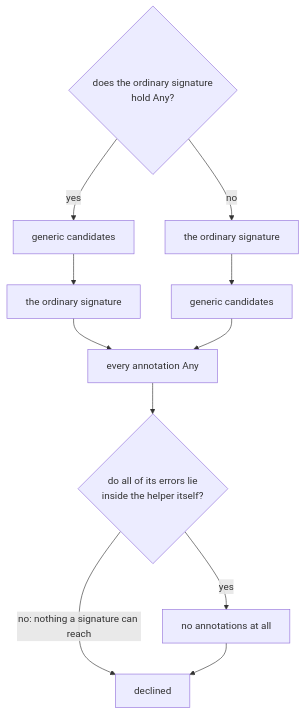
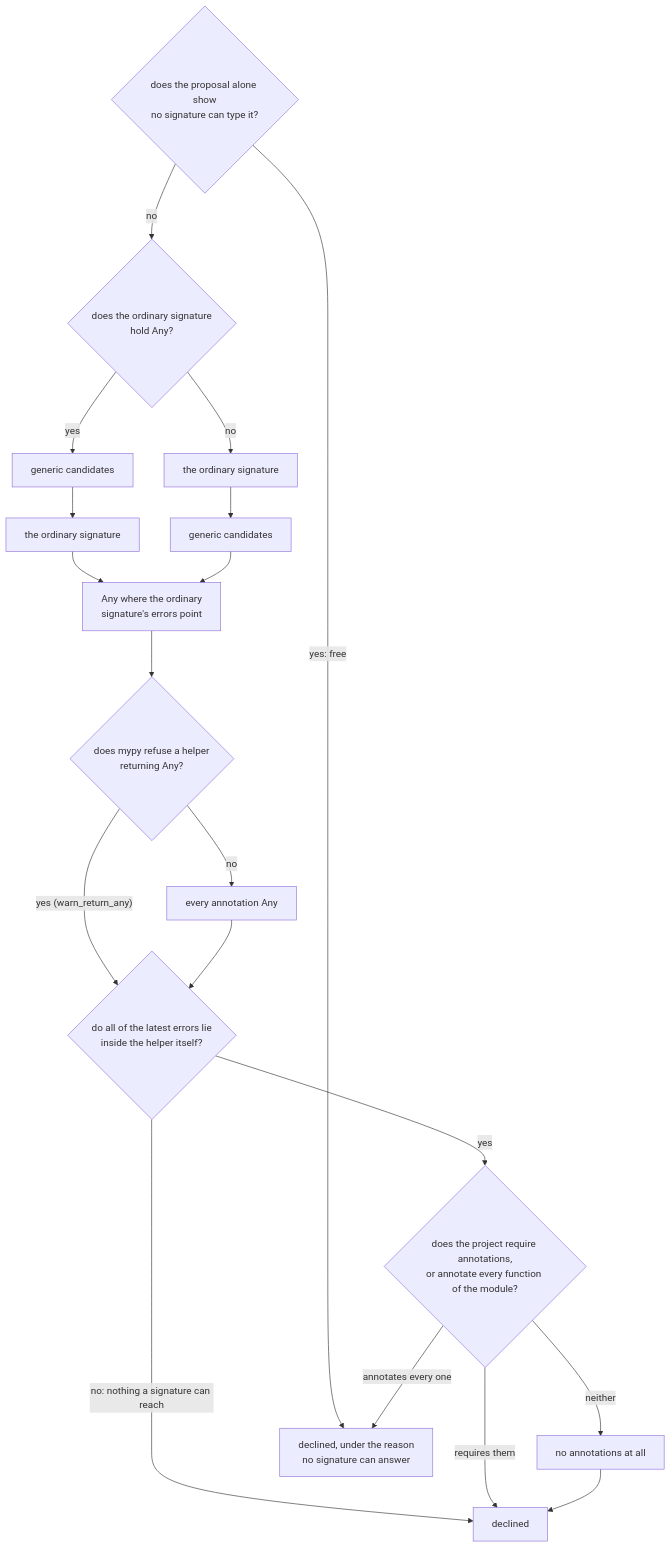
One commit to ericeallen/towel changed the fourth of 5 diagrams in docs/ARCHITECTURE.md. Above: the diagram before and after it, drawn with Mermaid. The commit also changed other lines of this file and 1 other file, not shown here.

````diff
--- a/docs/ARCHITECTURE.md
+++ b/docs/ARCHITECTURE.md
@@ -661,18 +664,30 @@
 ```mermaid
 flowchart TD
+    known{"does the proposal alone show<br/>no signature can type it?"}
     q{"does the ordinary signature<br/>hold Any?"}
     g1["generic candidates"]
     plain1["the ordinary signature"]
     plain2["the ordinary signature"]
     g2["generic candidates"]
+    targeted["Any where the ordinary<br/>signature's errors point"]
+    warn{"does mypy refuse a helper<br/>returning Any?"}
     anyv["every annotation Any"]
-    conf{"do all of its errors lie<br/>inside the helper itself?"}
+    conf{"do all of the latest errors lie<br/>inside the helper itself?"}
+    typed{"does the project require annotations,<br/>or annotate every function of the module?"}
     bare["no annotations at all"]
     stop["declined"]
+    named["declined, under the reason<br/>no signature can answer"]
 
-    q -- "yes" --> g1 --> plain1 --> anyv
-    q -- "no" --> plain2 --> g2 --> anyv
-    anyv --> conf
+    known -- "yes: free" --> named
+    known -- "no" --> q
+    q -- "yes" --> g1 --> plain1 --> targeted
+    q -- "no" --> plain2 --> g2 --> targeted
+    targeted --> warn
+    warn -- "yes (warn_return_any)" --> conf
+    warn -- "no" --> anyv --> conf
     conf -- "no: nothing a signature can reach" --> stop
-    conf -- "yes" --> bare --> stop
+    conf -- "yes" --> typed
+    typed -- "requires them" --> stop
+    typed -- "annotates every one" --> named
+    typed -- "neither" --> bare --> stop
 ```
````
